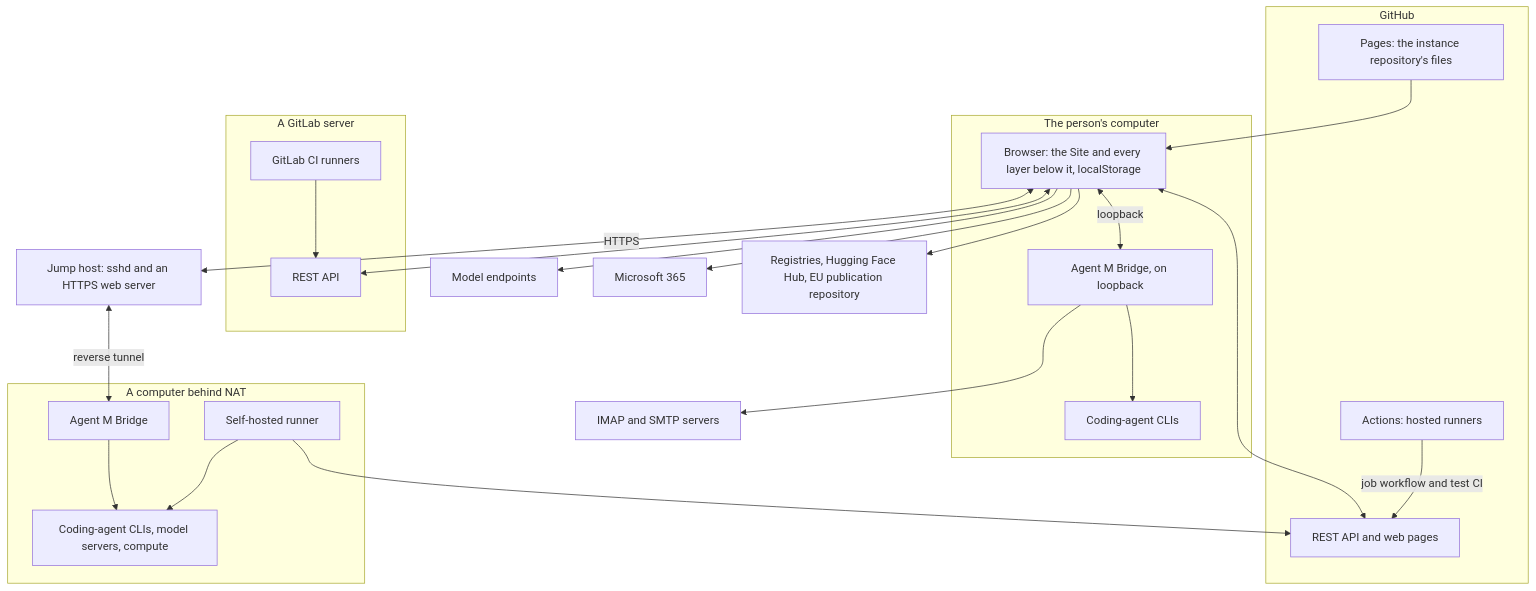
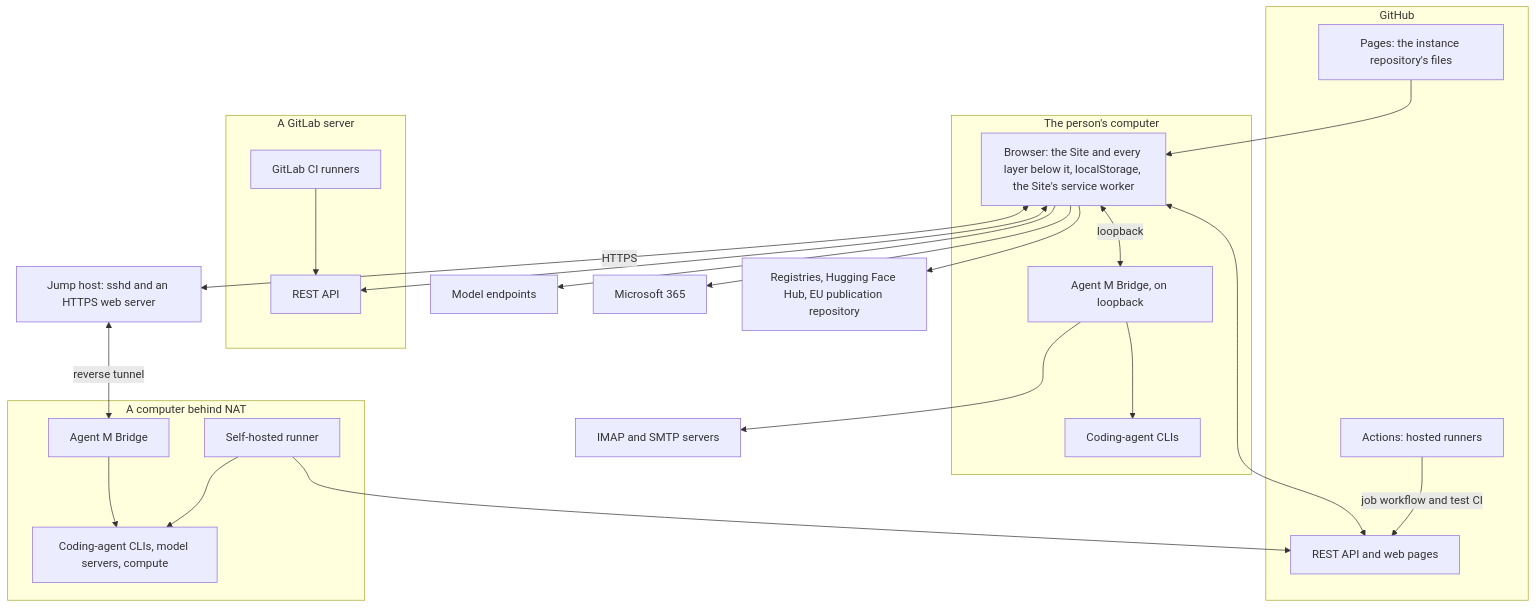
The tenth of 10 diagrams in docs/architecture/ARC-037-agent-m-as-a-whole.md (akmaier/agent-m), drawn with Mermaid before and after one commit. The commit also changed other lines of this file and 8 other files, not shown here.

First line of the commit message:
docs(architecture): the notifications of what waits for acceptance (UC-047) — draft for review

````diff
--- a/docs/architecture/ARC-037-agent-m-as-a-whole.md
+++ b/docs/architecture/ARC-037-agent-m-as-a-whole.md
@@ -487,43 +488,43 @@
 ```mermaid
 flowchart TB
   subgraph github["GitHub"]
     pages["Pages: the instance repository's files"]
     ghapi["REST API and web pages"]
     actions["Actions: hosted runners"]
   end
   subgraph gitlab["A GitLab server"]
     glapi["REST API"]
     glci["GitLab CI runners"]
   end
   subgraph own["The person's computer"]
-    browser["Browser: the Site and every layer below it, localStorage"]
+    browser["Browser: the Site and every layer below it, localStorage, the Site's service worker"]
     bridgeA["Agent M Bridge, on loopback"]
     cliA["Coding-agent CLIs"]
   end
   subgraph lab["A computer behind NAT"]
     bridgeB["Agent M Bridge"]
     cliB["Coding-agent CLIs, model servers, compute"]
     runner["Self-hosted runner"]
   end
   jump["Jump host: sshd and an HTTPS web server"]
   endpoints["Model endpoints"]
   m365["Microsoft 365"]
   imap["IMAP and SMTP servers"]
   reg["Registries, Hugging Face Hub, EU publication repository"]
   pages --> browser
   browser <--> ghapi
   browser <--> glapi
   browser --> endpoints
   browser --> m365
   browser --> reg
   browser <-->|loopback| bridgeA
   browser <-->|HTTPS| jump
   jump <-->|reverse tunnel| bridgeB
   bridgeA --> cliA
   bridgeA --> imap
   bridgeB --> cliB
   actions -->|job workflow and test CI| ghapi
   glci --> glapi
   runner --> ghapi
   runner --> cliB
 ```
````
